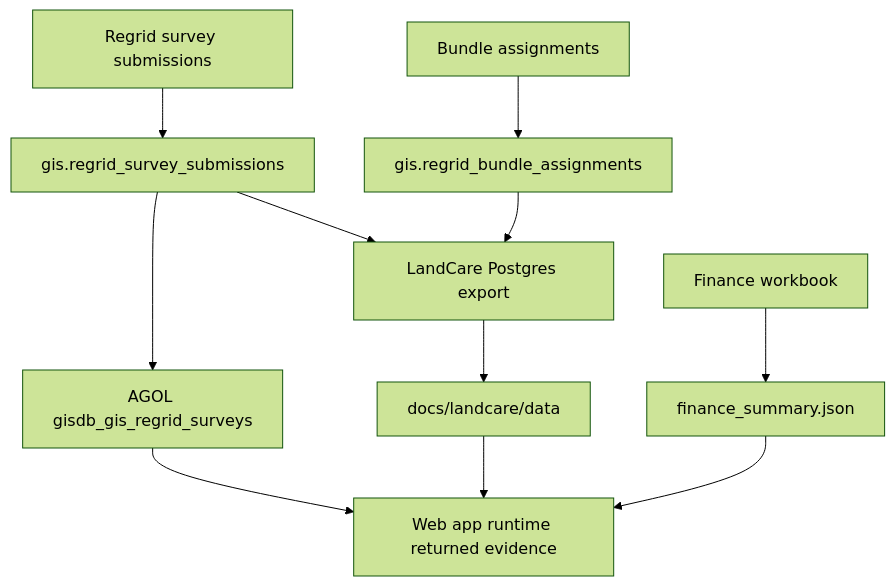
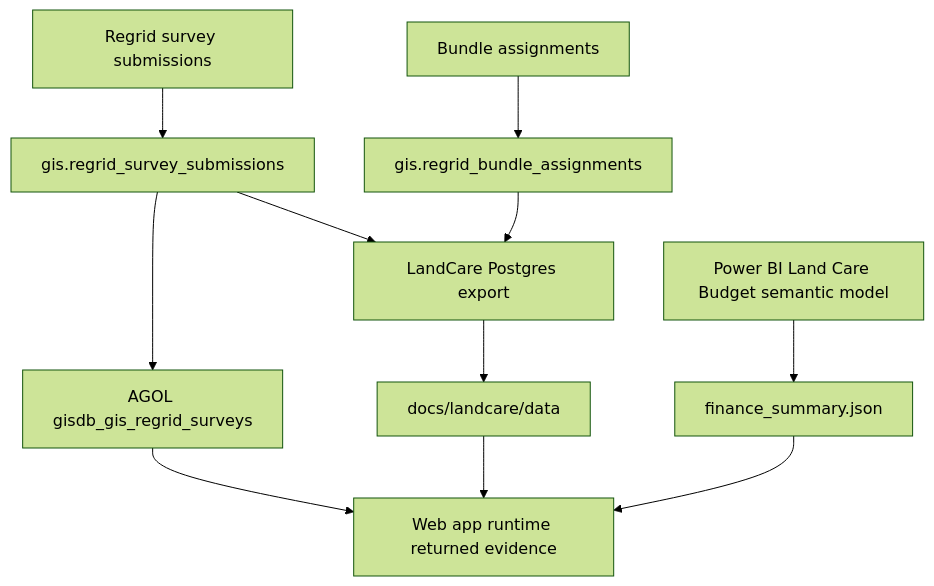
The eighth of 8 diagrams in docs/task-scheduler-vm-operations.md (rutomo-ura/land-care-assurance), drawn with Mermaid (forest theme) before and after one commit. The commit also changed other lines of this file and 17 other files, not shown here.

Commit message:
Back KPI finance with Power BI semantic model

````diff
--- a/docs/task-scheduler-vm-operations.md
+++ b/docs/task-scheduler-vm-operations.md
@@ -225,13 +225,13 @@
 ```mermaid
 flowchart TD
     Regrid["Regrid survey submissions"] --> GISDBSurvey["gis.regrid_survey_submissions"]
     GISDBSurvey --> AGOLSurvey["AGOL gisdb_gis_regrid_surveys"]
     Bundle["Bundle assignments"] --> GISDBAssign["gis.regrid_bundle_assignments"]
-    Workbook["Finance workbook"] --> FinanceJson["finance_summary.json"]
+    PowerBI["Power BI Land Care Budget semantic model"] --> FinanceJson["finance_summary.json"]
     GISDBSurvey --> Export["LandCare Postgres export"]
     GISDBAssign --> Export
     Export --> DataJson["docs/landcare/data"]
     AGOLSurvey --> Runtime["Web app runtime returned evidence"]
     DataJson --> Runtime
     FinanceJson --> Runtime
 ```
````
